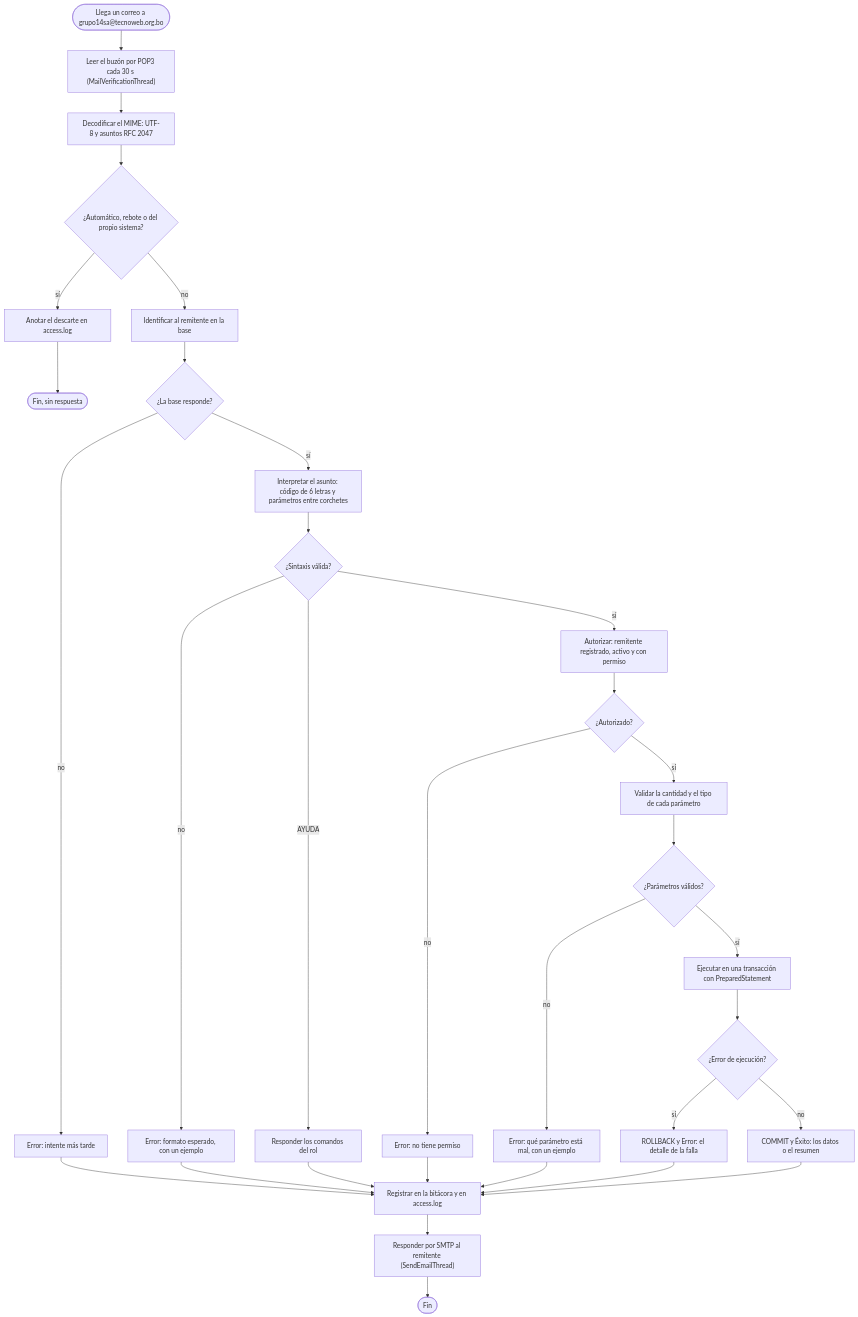
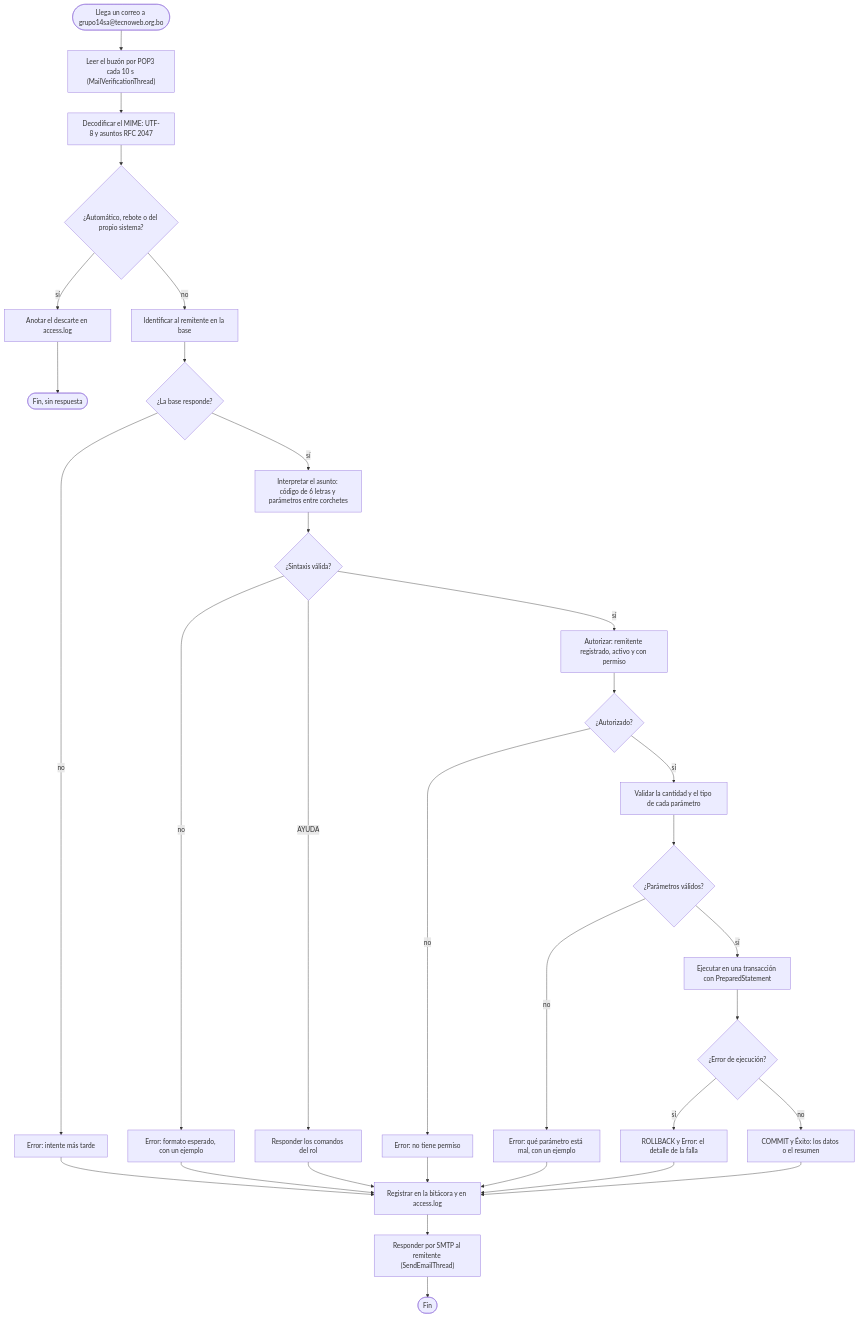
Before and after one commit to Alba-Tab/inf513-proyecto1: the first of 2 diagrams in README.md, drawn with Mermaid. The commit also changed 6 other files, not shown here.

````diff
--- a/README.md
+++ b/README.md
@@ -47,27 +47,27 @@
 ```mermaid
 flowchart TD
-    A([Llega un correo a grupo14sa@tecnoweb.org.bo]) --> B["Leer el buzón por POP3 cada 30 s (MailVerificationThread)"]
+    A([Llega un correo a grupo14sa@tecnoweb.org.bo]) --> B["Leer el buzón por POP3 cada 10 s (MailVerificationThread)"]
     B --> C["Decodificar el MIME: UTF-8 y asuntos RFC 2047"]
     C --> D{"¿Automático, rebote o del propio sistema?"}
     D -- sí --> D1[Anotar el descarte en access.log] --> Z1([Fin, sin respuesta])
     D -- no --> E[Identificar al remitente en la base]
     E --> E1{"¿La base responde?"}
     E1 -- no --> R1["Error: intente más tarde"]
     E1 -- sí --> F["Interpretar el asunto: código de 6 letras y parámetros entre corchetes"]
     F --> F1{"¿Sintaxis válida?"}
     F1 -- no --> R2["Error: formato esperado, con un ejemplo"]
     F1 -- AYUDA --> R3[Responder los comandos del rol]
     F1 -- sí --> G[Autorizar: remitente registrado, activo y con permiso]
     G --> G1{"¿Autorizado?"}
     G1 -- no --> R4["Error: no tiene permiso"]
     G1 -- sí --> H[Validar la cantidad y el tipo de cada parámetro]
     H --> H1{"¿Parámetros válidos?"}
     H1 -- no --> R5["Error: qué parámetro está mal, con un ejemplo"]
     H1 -- sí --> I["Ejecutar en una transacción con PreparedStatement"]
     I --> I1{"¿Error de ejecución?"}
     I1 -- sí --> R6["ROLLBACK y Error: el detalle de la falla"]
     I1 -- no --> R7["COMMIT y Éxito: los datos o el resumen"]
     R1 & R2 & R3 & R4 & R5 & R6 & R7 --> J[Registrar en la bitácora y en access.log]
     J --> K["Responder por SMTP al remitente (SendEmailThread)"]
     K --> Z2([Fin])
 ```
````
